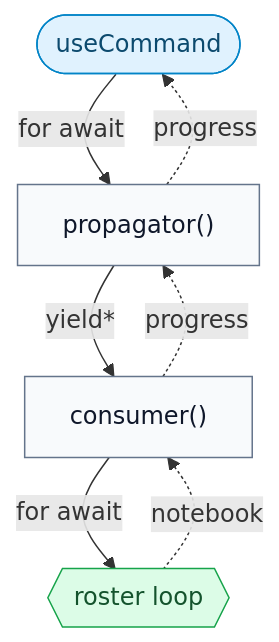
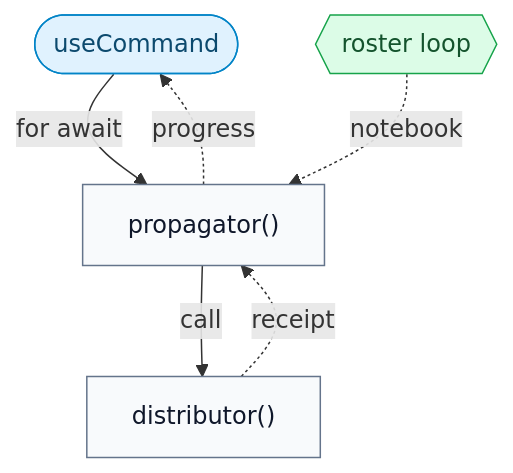
Before and after one commit to correxit/correxit: the first of 3 diagrams in DESIGN.md, drawn with Mermaid. The commit also changed other lines of this file and 31 other files, not shown here.

````diff
--- a/DESIGN.md
+++ b/DESIGN.md
@@ -130,18 +130,17 @@
 ```mermaid
 flowchart TB
   classDef ui fill:#e0f2fe,stroke:#0284c7,color:#0c4a6e,stroke-width:1px
   classDef gen fill:#f8fafc,stroke:#64748b,color:#0f172a,stroke-width:1px
   classDef src fill:#dcfce7,stroke:#16a34a,color:#14532d,stroke-width:1px
 
     UI(["useCommand"]):::ui
     P["propagator()"]:::gen
-    C["consumer()"]:::gen
+    D["distributor()"]:::gen
     R{{"roster loop"}}:::src
 
   UI -->|for await| P
-  P -->|yield*| C
-  C -->|for await| R
-  R -. notebook .-> C
-  C -. progress .-> P
+  P -->|call| D
+  R -. notebook .-> P
+  D -. receipt .-> P
   P -. progress .-> UI
 ```
````
